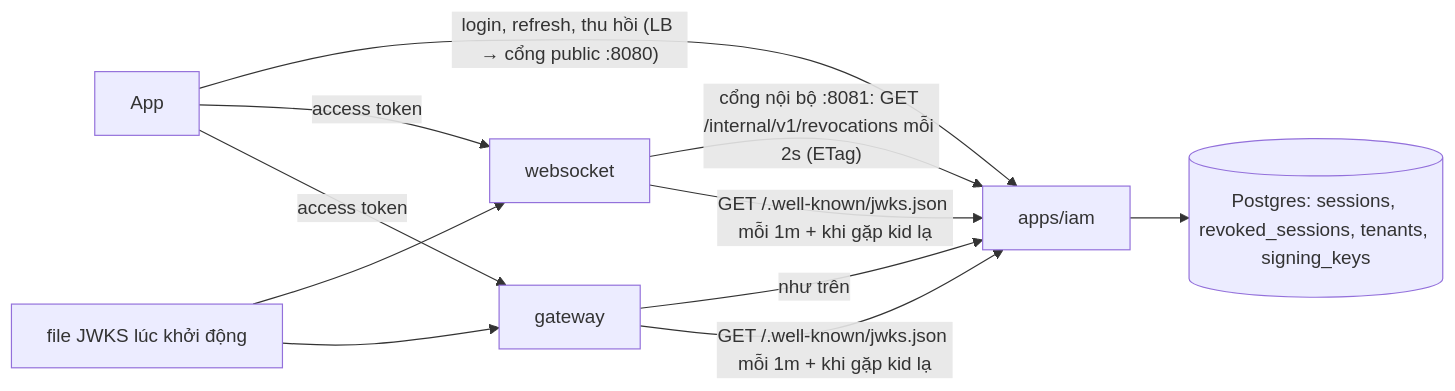
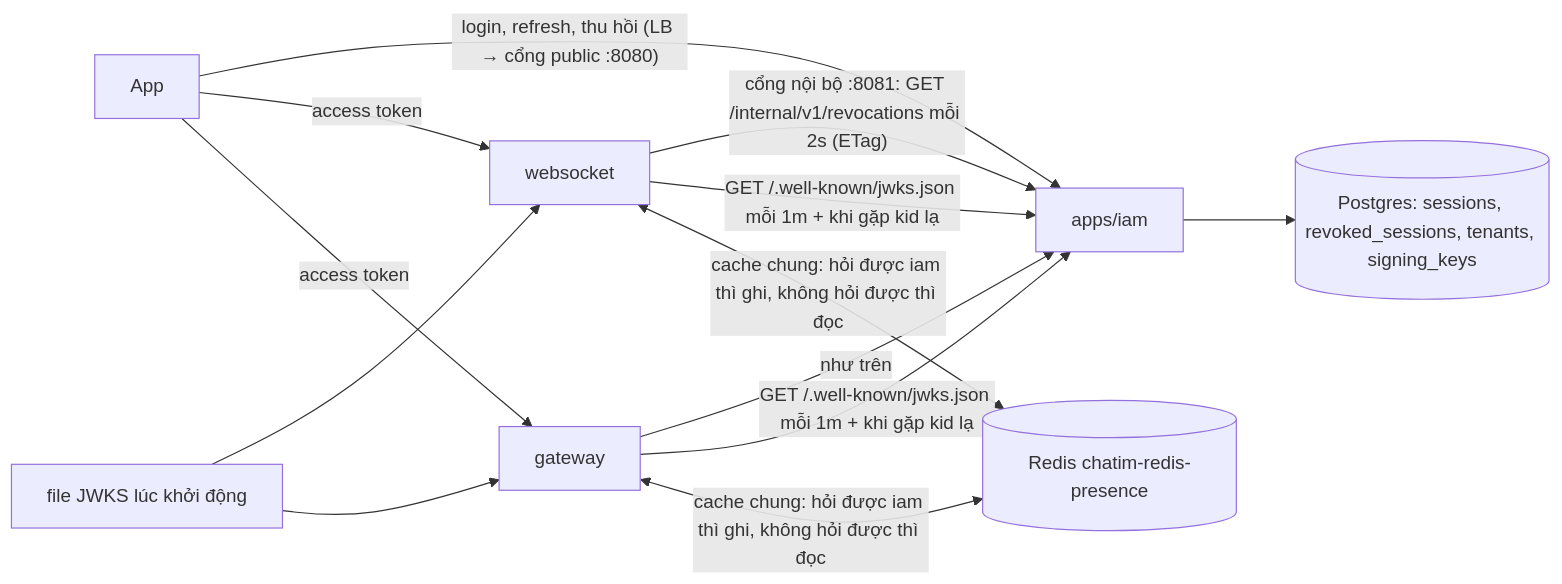
The first of 6 diagrams in docs/plans/2026-10-27-m6-2-thu-hoi-toi-node-summary.md (ivannguyendev/chatim), drawn with Mermaid before and after one commit. The commit also changed other lines of this file, not shown here.

First line of the commit message:
docs(m6): share the revocation list between nodes through redis

````diff
--- a/docs/plans/2026-10-27-m6-2-thu-hoi-toi-node-summary.md
+++ b/docs/plans/2026-10-27-m6-2-thu-hoi-toi-node-summary.md
@@ -56,10 +58,11 @@
 ```mermaid
 flowchart LR
   App[App] -->|"login, refresh, thu hồi (LB → cổng public :8080)"| IAM[apps/iam]
   IAM --> PG[(Postgres: sessions, revoked_sessions, tenants, signing_keys)]
   WS[websocket] -->|"cổng nội bộ :8081: GET /internal/v1/revocations mỗi 2s (ETag)"| IAM
   GW[gateway] -->|như trên| IAM
   WS & GW -->|"GET /.well-known/jwks.json mỗi 1m + khi gặp kid lạ"| IAM
   File[file JWKS lúc khởi động] --> WS & GW
   App -->|access token| WS & GW
+  WS & GW <-->|"cache chung: hỏi được iam thì ghi, không hỏi được thì đọc"| RD[("Redis chatim-redis-presence")]
 ```
````
